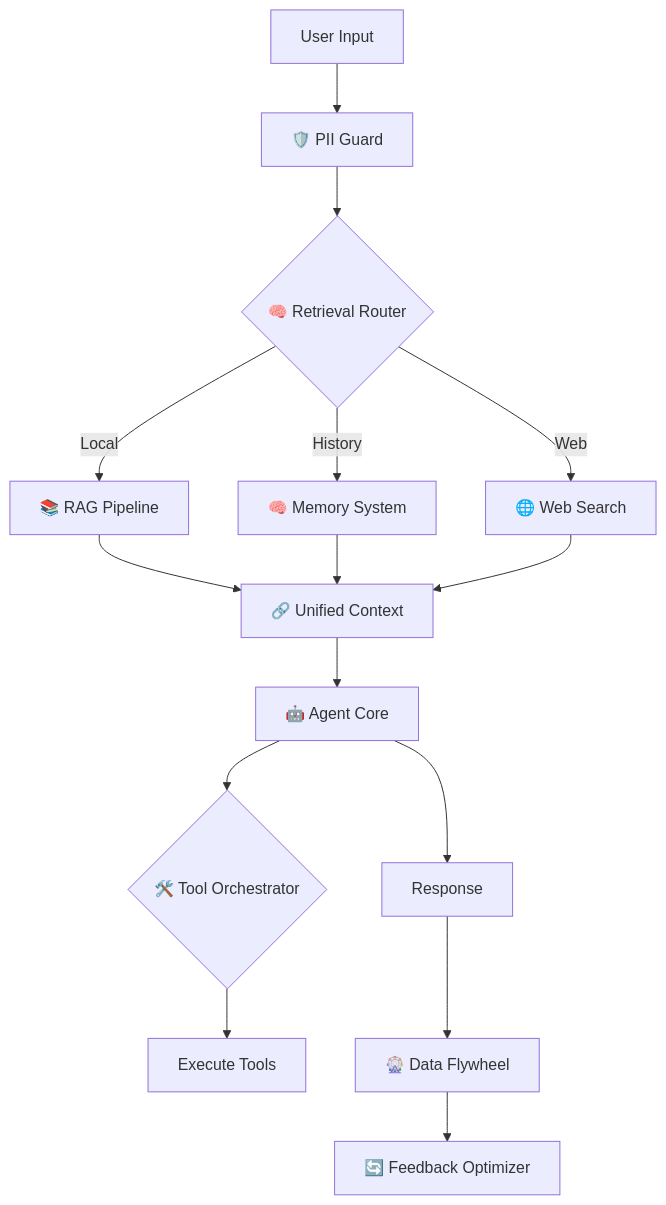
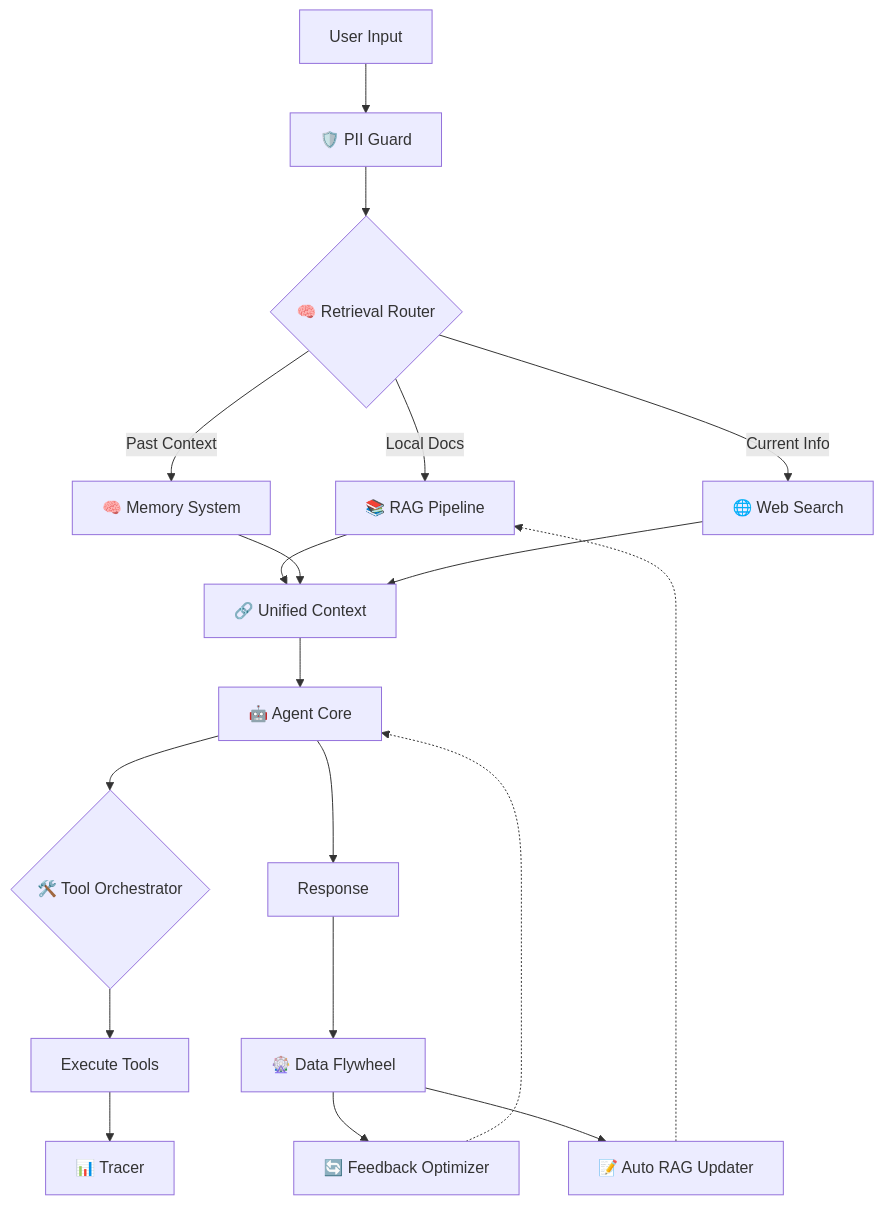
One commit to caser-legal/nvidia-cli changed the first of 5 diagrams in README.md. Above: the diagram before and after it, drawn with Mermaid. The commit also changed other lines of this file, not shown here.

````diff
--- a/README.md
+++ b/README.md
@@ -204,20 +659,26 @@
 ```mermaid
 flowchart TD
     User[User Input] --> PIIGuard[🛡️ PII Guard]
     PIIGuard --> Router{🧠 Retrieval Router}
     
-    Router -->|Local| RAG[📚 RAG Pipeline]
-    Router -->|History| Memory[🧠 Memory System]
-    Router -->|Web| Search[🌐 Web Search]
+    Router -->|Local Docs| RAG[📚 RAG Pipeline]
+    Router -->|Past Context| Memory[🧠 Memory System]
+    Router -->|Current Info| Search[🌐 Web Search]
     
     RAG & Memory & Search --> UnifiedContext[🔗 Unified Context]
     
     UnifiedContext --> Agent[🤖 Agent Core]
     
     Agent --> ToolOrchestrator{🛠️ Tool Orchestrator}
     ToolOrchestrator --> Tools[Execute Tools]
+    Tools --> Tracer[📊 Tracer]
     
     Agent --> Output[Response]
+    
     Output --> Flywheel[🎡 Data Flywheel]
     Flywheel --> FeedbackOptimizer[🔄 Feedback Optimizer]
+    Flywheel --> AutoRAG[📝 Auto RAG Updater]
+    
+    FeedbackOptimizer -.-> Agent
+    AutoRAG -.-> RAG
 ```
````
